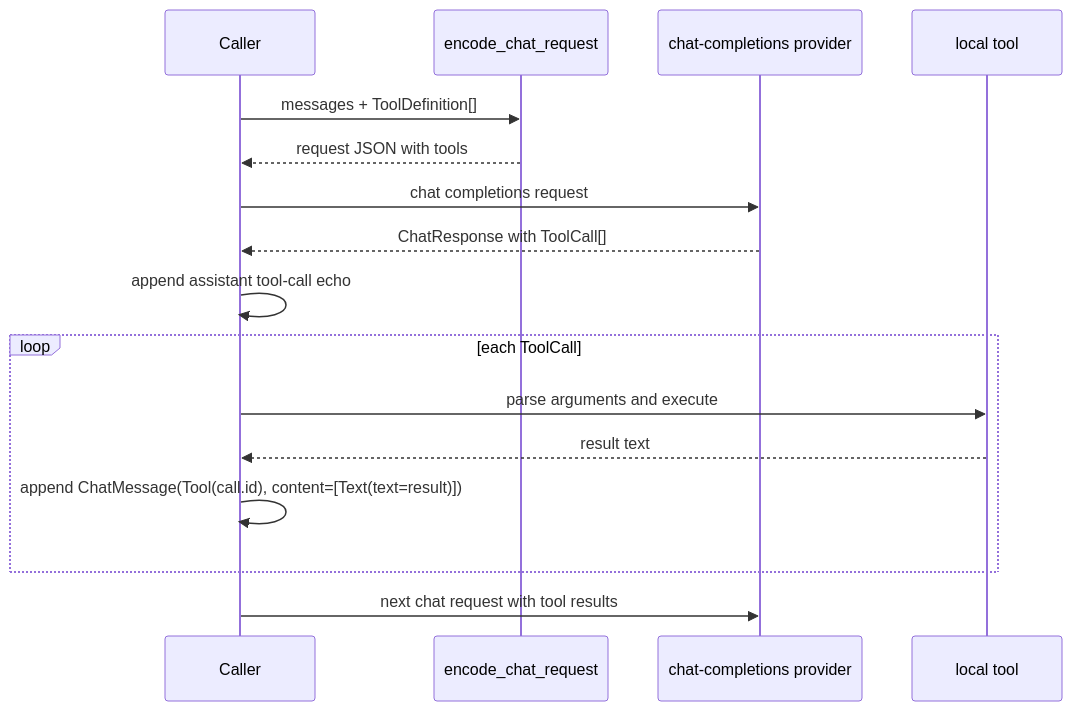
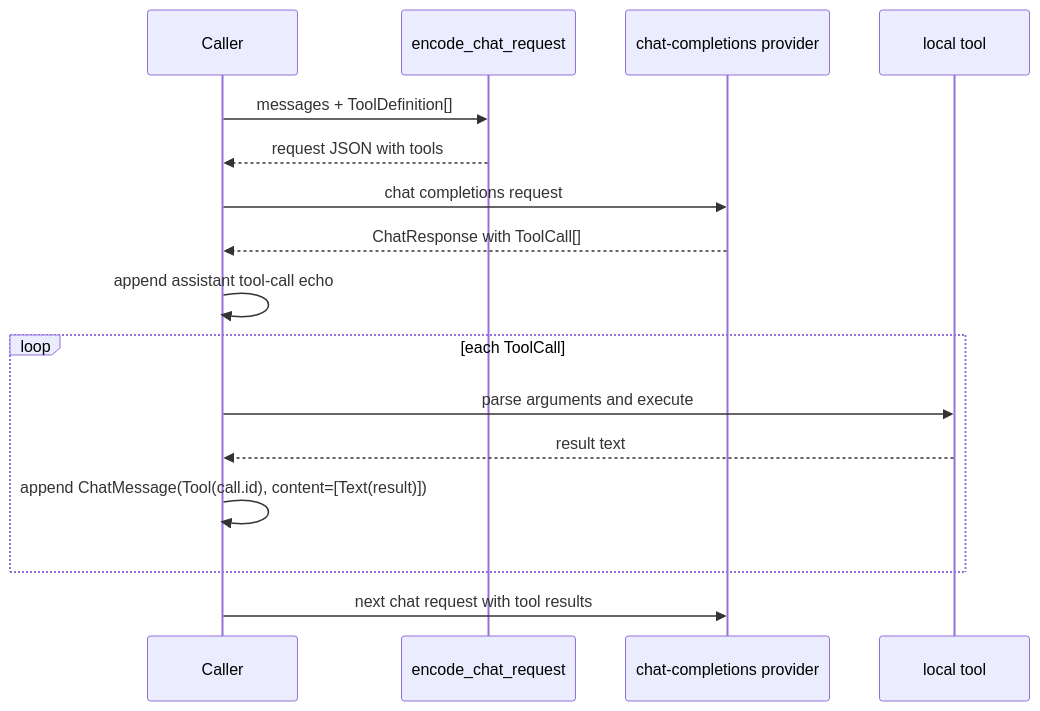
The fourth of 4 diagrams in deepseek/README.mbt.md (moonbitlang/openseek), drawn with Mermaid before and after one commit. The commit also changed other lines of this file and 25 other files, not shown here.

Commit message:
refactor(deepseek): make Text content payload positional

````diff
--- a/deepseek/README.mbt.md
+++ b/deepseek/README.mbt.md
@@ -224,19 +224,19 @@
 ```mermaid
 sequenceDiagram
   participant Caller
   participant Encoder as encode_chat_request
   participant API as chat-completions provider
   participant Tool as local tool
 
   Caller->>Encoder: messages + ToolDefinition[]
   Encoder-->>Caller: request JSON with tools
   Caller->>API: chat completions request
   API-->>Caller: ChatResponse with ToolCall[]
   Caller->>Caller: append assistant tool-call echo
   loop each ToolCall
     Caller->>Tool: parse arguments and execute
     Tool-->>Caller: result text
-    Caller->>Caller: append ChatMessage(Tool(call.id), content=[Text(text=result)])
+    Caller->>Caller: append ChatMessage(Tool(call.id), content=[Text(result)])
   end
   Caller->>API: next chat request with tool results
 ```
````
